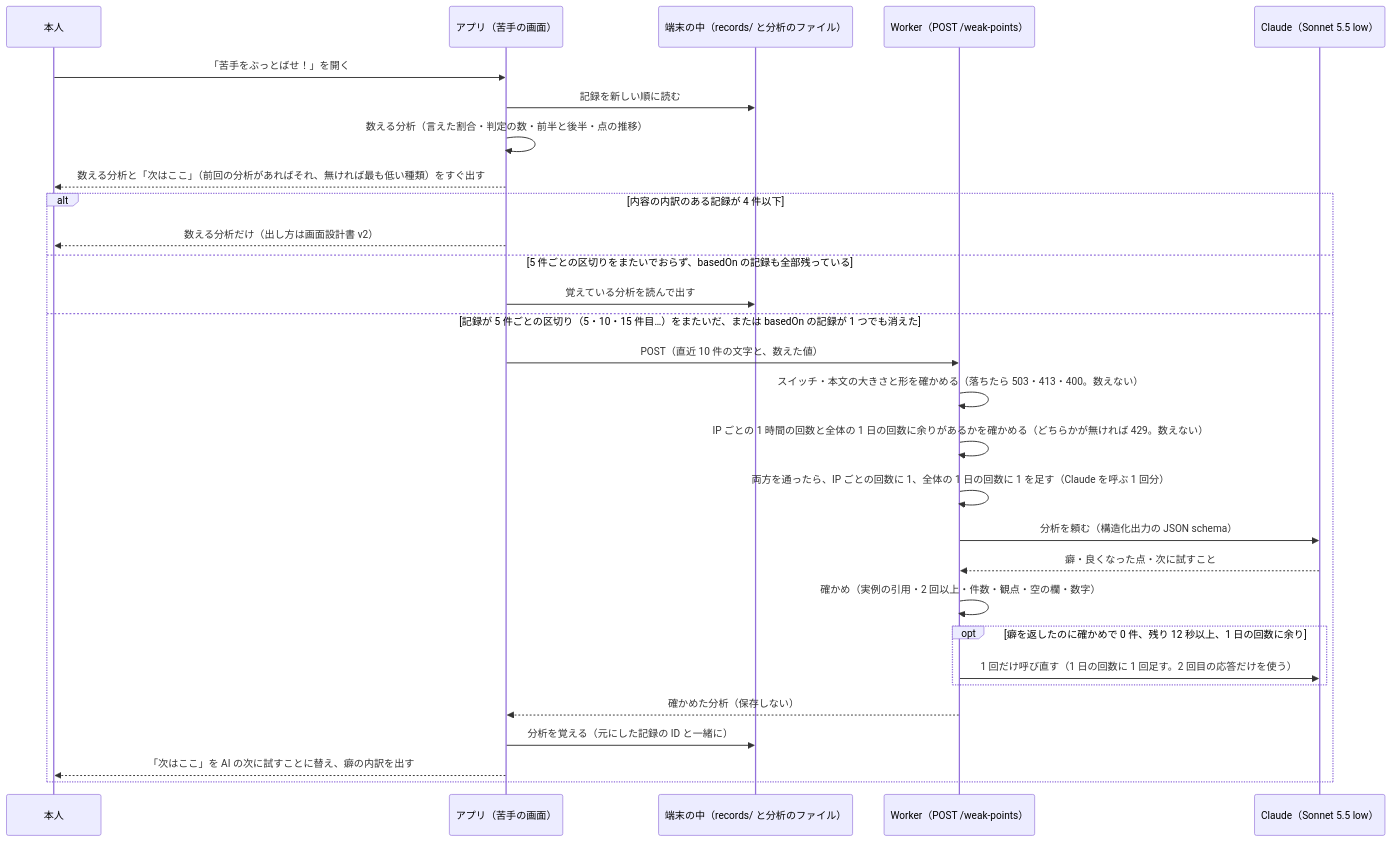
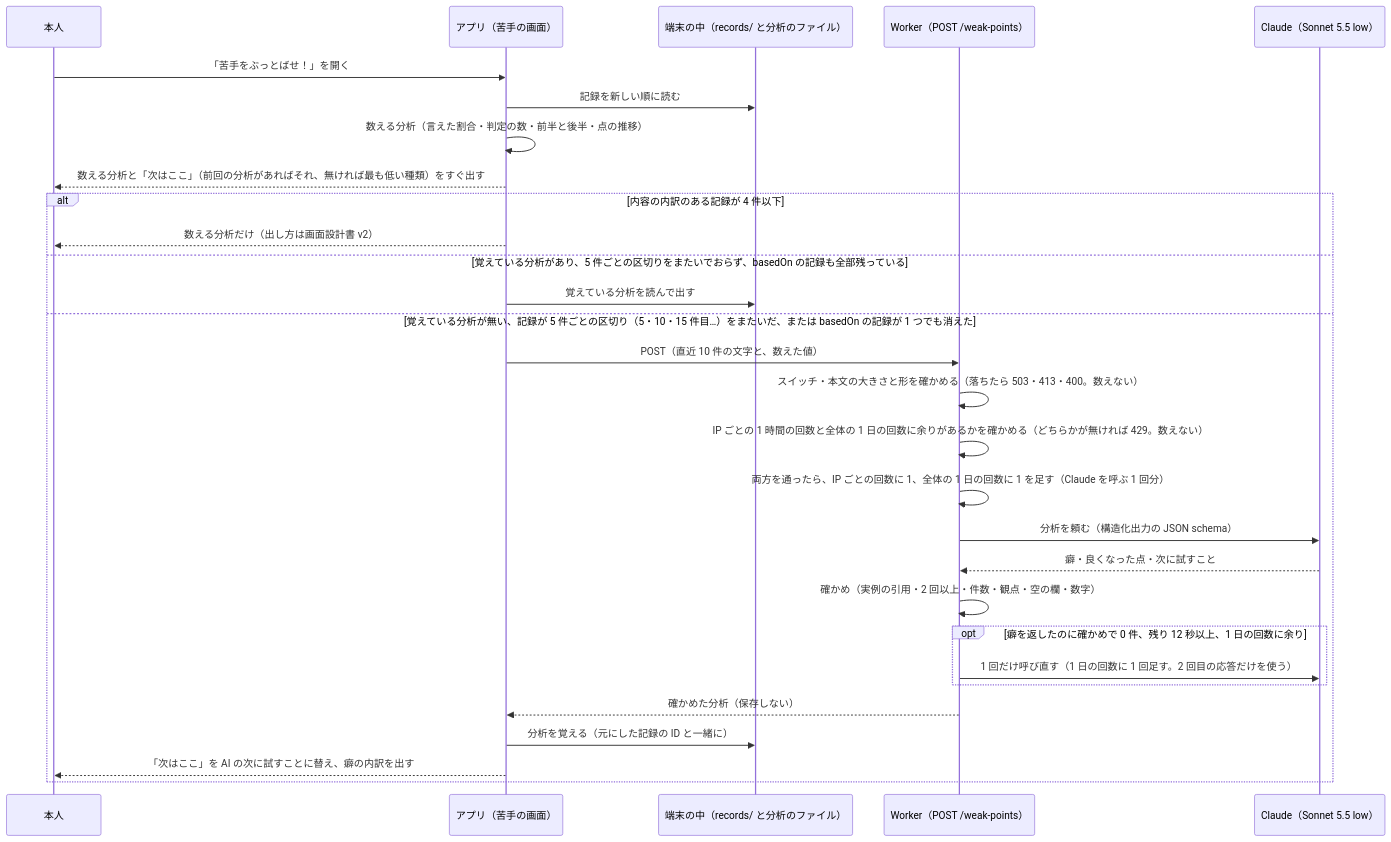
The diagram in docs/design/weak-point-analysis.md (jphacks/ng_2622), drawn with Mermaid before and after one commit. The commit also changed other lines of this file and 5 other files, not shown here.

````diff
--- a/docs/design/weak-point-analysis.md
+++ b/docs/design/weak-point-analysis.md
@@ -114,31 +114,31 @@
 ```mermaid
 sequenceDiagram
   participant U as 本人
   participant A as アプリ（苦手の画面）
   participant S as 端末の中（records/ と分析のファイル）
   participant W as Worker（POST /weak-points）
   participant C as Claude（Sonnet 5.5 low）
   U->>A: 「苦手をぶっとばせ！」を開く
   A->>S: 記録を新しい順に読む
   A->>A: 数える分析（言えた割合・判定の数・前半と後半・点の推移）
   A-->>U: 数える分析と「次はここ」（前回の分析があればそれ、無ければ最も低い種類）をすぐ出す
   alt 内容の内訳のある記録が 4 件以下
     A-->>U: 数える分析だけ（出し方は画面設計書 v2）
-  else 5 件ごとの区切りをまたいでおらず、basedOn の記録も全部残っている
+  else 覚えている分析があり、5 件ごとの区切りをまたいでおらず、basedOn の記録も全部残っている
     A->>S: 覚えている分析を読んで出す
-  else 記録が 5 件ごとの区切り（5・10・15 件目…）をまたいだ、または basedOn の記録が 1 つでも消えた
+  else 覚えている分析が無い、記録が 5 件ごとの区切り（5・10・15 件目…）をまたいだ、または basedOn の記録が 1 つでも消えた
     A->>W: POST（直近 10 件の文字と、数えた値）
     W->>W: スイッチ・本文の大きさと形を確かめる（落ちたら 503・413・400。数えない）
     W->>W: IP ごとの 1 時間の回数と全体の 1 日の回数に余りがあるかを確かめる（どちらかが無ければ 429。数えない）
     W->>W: 両方を通ったら、IP ごとの回数に 1、全体の 1 日の回数に 1 を足す（Claude を呼ぶ 1 回分）
     W->>C: 分析を頼む（構造化出力の JSON schema）
     C-->>W: 癖・良くなった点・次に試すこと
     W->>W: 確かめ（実例の引用・2 回以上・件数・観点・空の欄・数字）
     opt 癖を返したのに確かめで 0 件、残り 12 秒以上、1 日の回数に余り
       W->>C: 1 回だけ呼び直す（1 日の回数に 1 回足す。2 回目の応答だけを使う）
     end
     W-->>A: 確かめた分析（保存しない）
     A->>S: 分析を覚える（元にした記録の ID と一緒に）
     A-->>U: 「次はここ」を AI の次に試すことに替え、癖の内訳を出す
   end
 ```
````
